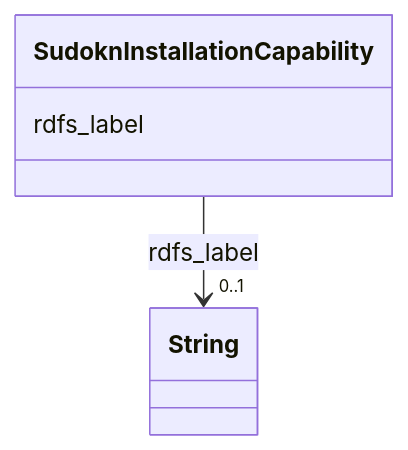
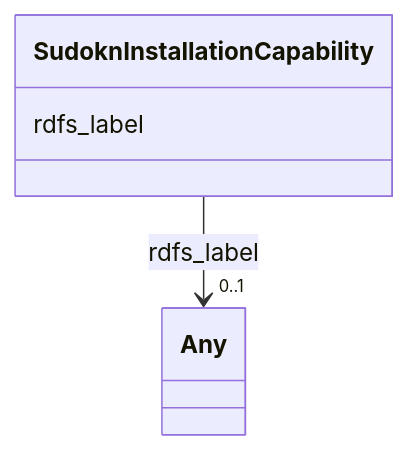
Before and after one commit to frink-okn/graph-descriptions: the diagram in sudokn-kg/classes/SudoknInstallationCapability.md, drawn with Mermaid. The commit also changed other lines of this file and 903 other files, not shown here.

````diff
--- a/sudokn-kg/classes/SudoknInstallationCapability.md
+++ b/sudokn-kg/classes/SudoknInstallationCapability.md
@@ -23,15 +18,15 @@
 ```mermaid
  classDiagram
     class SudoknInstallationCapability
     click SudoknInstallationCapability href "../SudoknInstallationCapability"
       SudoknInstallationCapability : rdfs_label
         
           
     
     
-    SudoknInstallationCapability --> "0..1" String : rdfs_label
-    click String href "../String"
+    SudoknInstallationCapability --> "0..1" Any : rdfs_label
+    click Any href "../Any"
 
         
       
 ```
````
